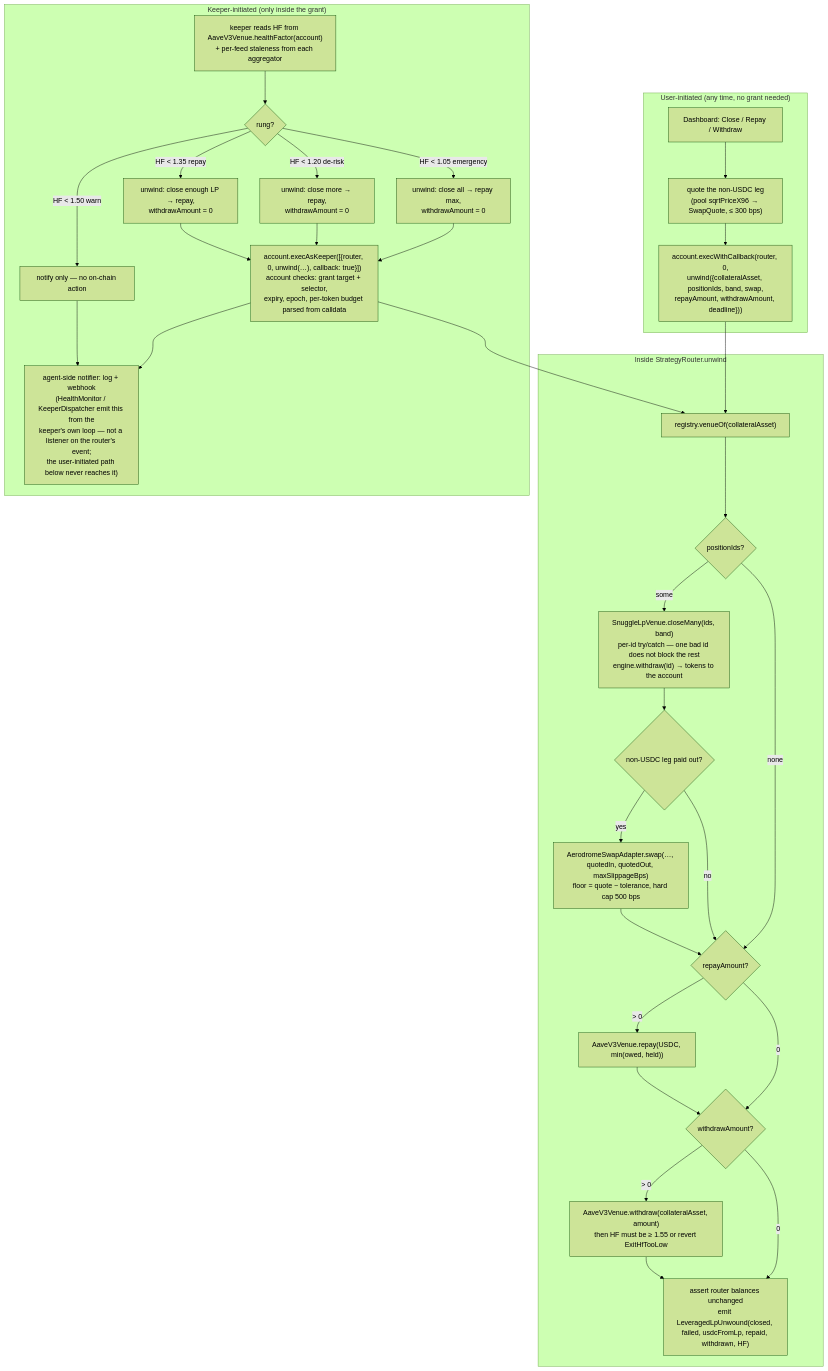
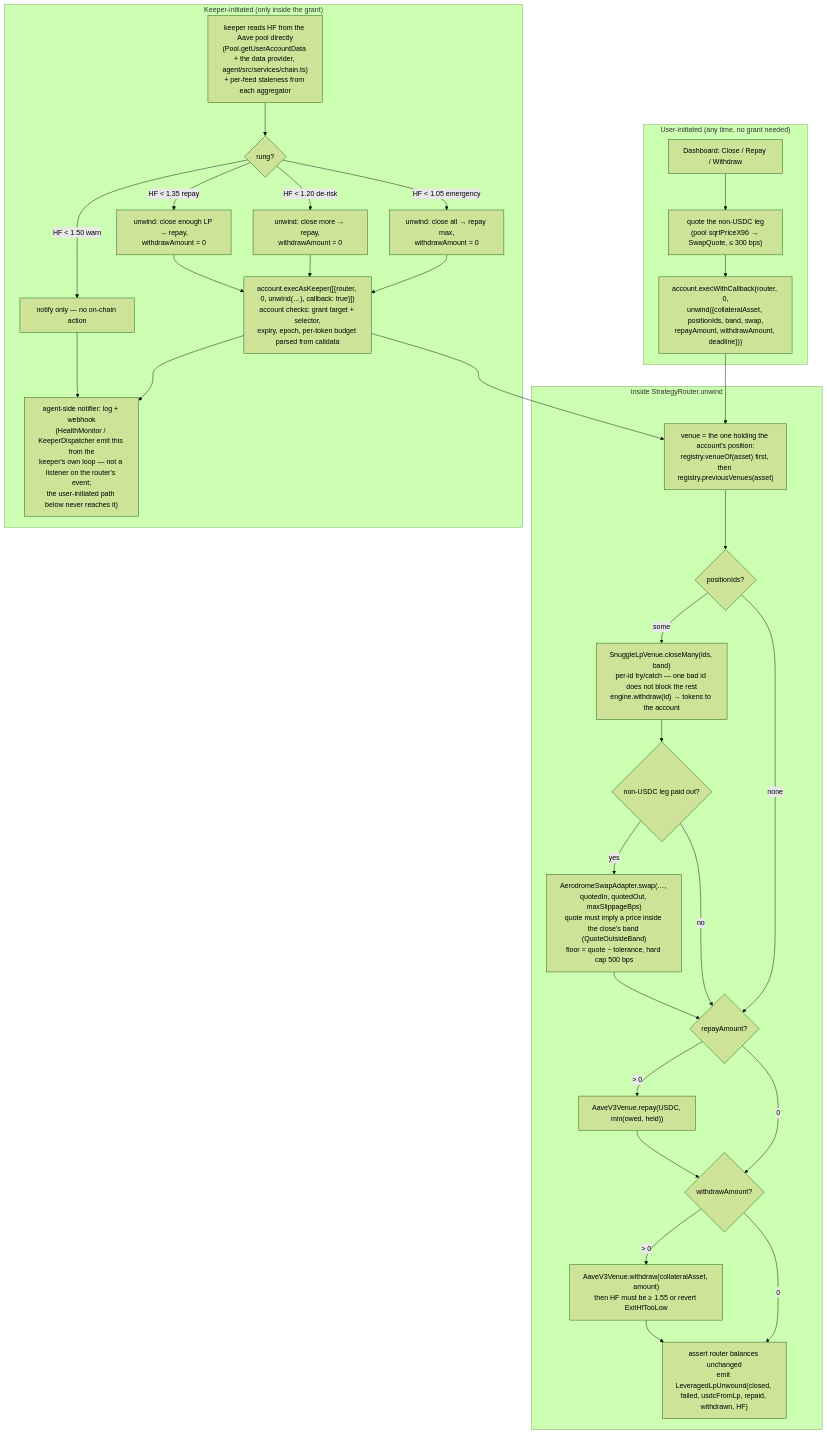
One commit to mbrobert/ZEC-Defi-App changed the third of 3 diagrams in docs/DEPOSIT-FLOW.md. Above: the diagram before and after it, drawn with Mermaid (forest theme). The commit also changed other lines of this file and 77 other files, not shown here.

````diff
--- a/docs/DEPOSIT-FLOW.md
+++ b/docs/DEPOSIT-FLOW.md
@@ -147,40 +147,40 @@
 ```mermaid
 flowchart TD
     subgraph user ["User-initiated (any time, no grant needed)"]
         U0[Dashboard: Close / Repay / Withdraw] --> U1["quote the non-USDC leg<br/>(pool sqrtPriceX96 → SwapQuote, ≤ 300 bps)"]
         U1 --> U2["account.execWithCallback(router, 0,<br/>unwind({collateralAsset, positionIds, band, swap,<br/>repayAmount, withdrawAmount, deadline}))"]
     end
 
     subgraph keeper ["Keeper-initiated (only inside the grant)"]
-        K0["keeper reads HF from AaveV3Venue.healthFactor(account)<br/>+ per-feed staleness from each aggregator"] --> K1{rung?}
+        K0["keeper reads HF from the Aave pool directly<br/>(Pool.getUserAccountData + the data provider, agent/src/services/chain.ts)<br/>+ per-feed staleness from each aggregator"] --> K1{rung?}
         K1 -- "HF &lt; 1.50 warn" --> KW["notify only — no on-chain action"]
         K1 -- "HF &lt; 1.35 repay" --> KR["unwind: close enough LP → repay,<br/>withdrawAmount = 0"]
         K1 -- "HF &lt; 1.20 de-risk" --> KD["unwind: close more → repay,<br/>withdrawAmount = 0"]
         K1 -- "HF &lt; 1.05 emergency" --> KE["unwind: close all → repay max,<br/>withdrawAmount = 0"]
         KR --> K2
         KD --> K2
         KE --> K2
         K2["account.execAsKeeper([{router, 0, unwind(…), callback: true}])<br/>account checks: grant target + selector,<br/>expiry, epoch, per-token budget parsed from calldata"]
         KW --> N
         K2 --> N["agent-side notifier: log + webhook<br/>(HealthMonitor / KeeperDispatcher emit this from the<br/>keeper's own loop — not a listener on the router's event;<br/>the user-initiated path below never reaches it)"]
     end
 
     U2 --> X
     K2 --> X
 
     subgraph router ["Inside StrategyRouter.unwind"]
-        X["registry.venueOf(collateralAsset)"] --> X1{"positionIds?"}
+        X["venue = the one holding the account's position:<br/>registry.venueOf(asset) first, then registry.previousVenues(asset)"] --> X1{"positionIds?"}
         X1 -- some --> X2["SnuggleLpVenue.closeMany(ids, band)<br/>per-id try/catch — one bad id does not block the rest<br/>engine.withdraw(id) → tokens to the account"]
         X2 --> X3{"non-USDC leg paid out?"}
-        X3 -- yes --> X4["AerodromeSwapAdapter.swap(…, quotedIn, quotedOut, maxSlippageBps)<br/>floor = quote − tolerance, hard cap 500 bps"]
+        X3 -- yes --> X4["AerodromeSwapAdapter.swap(…, quotedIn, quotedOut, maxSlippageBps)<br/>quote must imply a price inside the close's band (QuoteOutsideBand)<br/>floor = quote − tolerance, hard cap 500 bps"]
         X3 -- no --> X5
         X4 --> X5
         X1 -- none --> X5
         X5{"repayAmount?"} -- "&gt; 0" --> X6["AaveV3Venue.repay(USDC, min(owed, held))"]
         X5 -- 0 --> X7
         X6 --> X7{"withdrawAmount?"}
         X7 -- "&gt; 0" --> X8["AaveV3Venue.withdraw(collateralAsset, amount)<br/>then HF must be ≥ 1.55 or revert ExitHfTooLow"]
         X7 -- 0 --> X9
         X8 --> X9["assert router balances unchanged<br/>emit LeveragedLpUnwound(closed, failed, usdcFromLp, repaid, withdrawn, HF)"]
     end
 ```
````
